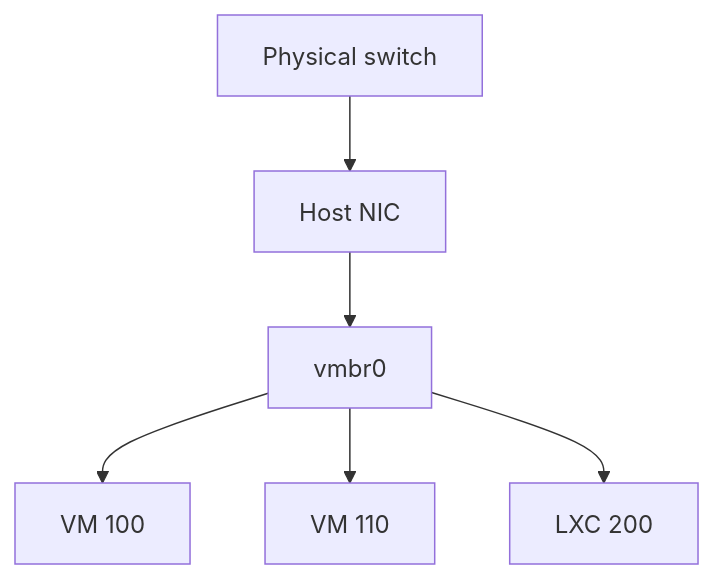
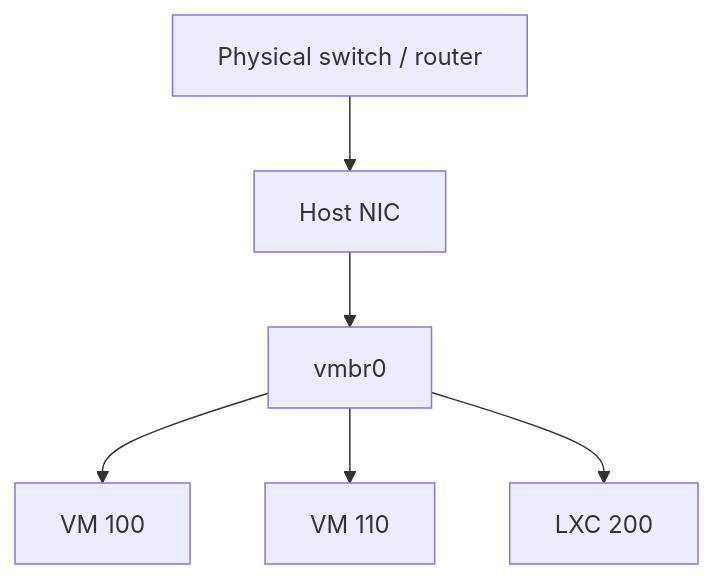
Before and after one commit to Otaconskeep/Classroom: the second of 2 diagrams in pack/classes/01_PROXMOX_VIRTUALIZATION.md, drawn with Mermaid. The commit also changed other lines of this file, not shown here.

````diff
--- a/pack/classes/01_PROXMOX_VIRTUALIZATION.md
+++ b/pack/classes/01_PROXMOX_VIRTUALIZATION.md
@@ -68,8 +162,8 @@
 ```mermaid
 flowchart TD
-    S["Physical switch"] --> N["Host NIC"]
+    S["Physical switch / router"] --> N["Host NIC"]
     N --> B["vmbr0"]
     B --> A["VM 100"]
     B --> D["VM 110"]
     B --> L["LXC 200"]
 ```
````
